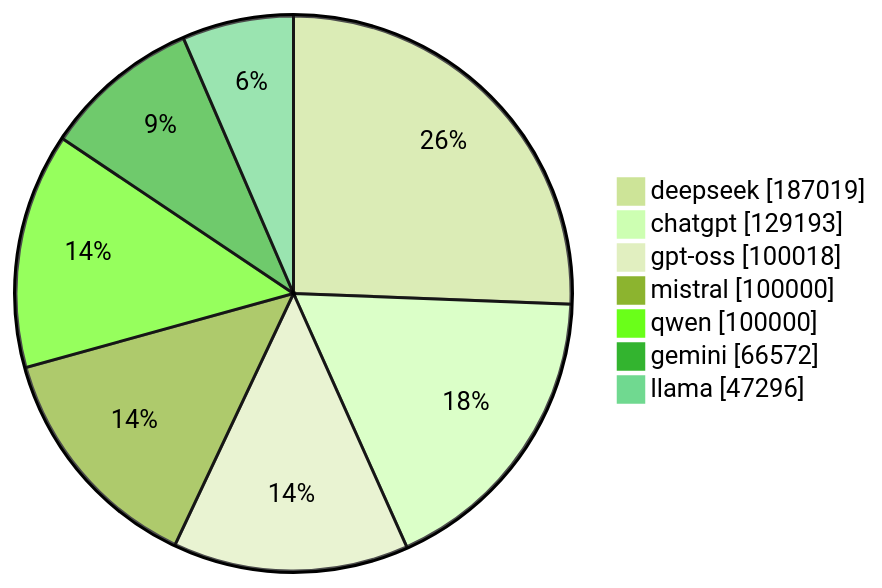
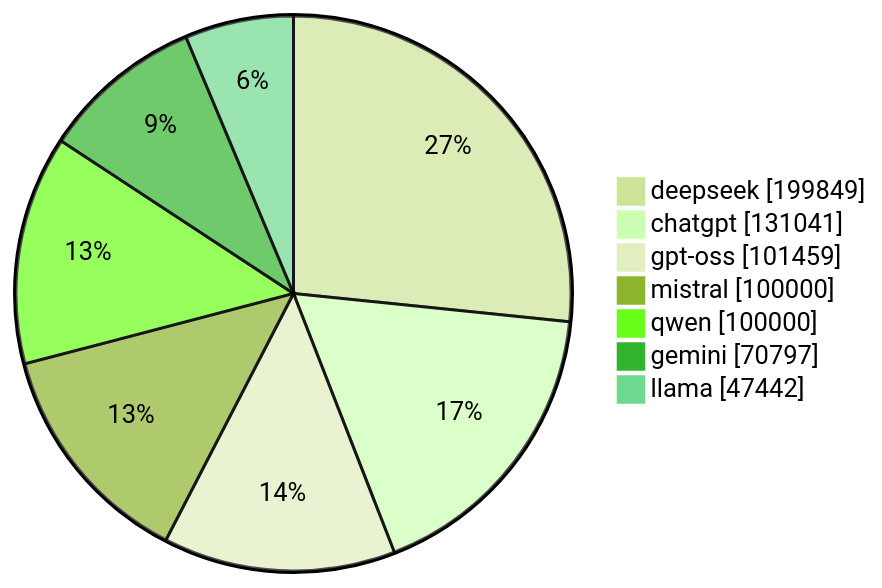
The diagram in README.md (gqgs/llm100kbench), drawn with Mermaid (forest theme) before and after one commit. The commit also changed other lines of this file and 17 other files, not shown here.

````diff
--- a/README.md
+++ b/README.md
@@ -50,10 +50,10 @@
 ```mermaid
 pie showData
-    "deepseek" : 187019
-    "chatgpt" : 129193
-    "gpt-oss" : 100018
+    "deepseek" : 199849
+    "chatgpt" : 131041
+    "gpt-oss" : 101459
     "mistral" : 100000
     "qwen" : 100000
-    "gemini" : 66572
-    "llama" : 47296
+    "gemini" : 70797
+    "llama" : 47442
 ```
````
